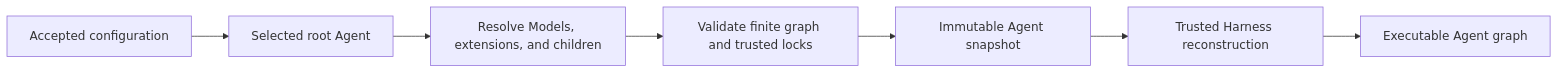
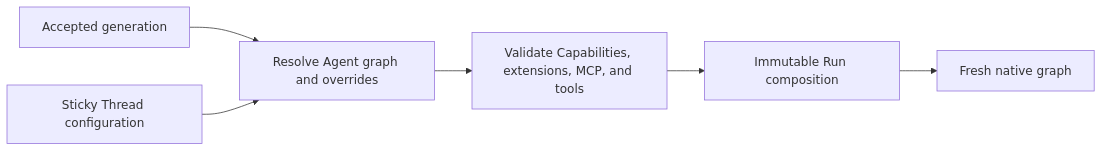
One commit to LTThreeComma/agent-foundation changed the second of 2 diagrams in spec/agent-ui/02-agent-composition-and-snapshots.md. Above: the diagram before and after it, drawn with Mermaid. The commit also changed other lines of this file and 17 other files, not shown here.

First line of the commit message:
docs(agent-ui): define local configuration and runtime model (#114)

````diff
--- a/spec/agent-ui/02-agent-composition-and-snapshots.md
+++ b/spec/agent-ui/02-agent-composition-and-snapshots.md
@@ -151,12 +209,11 @@
 ```mermaid
 flowchart LR
-    Config[Accepted configuration]
-    Root[Selected root Agent]
-    Graph[Resolve Models, extensions, and children]
-    Validate[Validate finite graph and trusted locks]
-    Snapshot[Immutable Agent snapshot]
-    Reconstruct[Trusted Harness reconstruction]
-    Executable[Executable Agent graph]
+    Generation[Accepted generation]
+    Thread[Sticky Thread configuration]
+    Graph[Resolve Agent graph and overrides]
+    Validate[Validate Capabilities, extensions, MCP, and tools]
+    Composition[Immutable Run composition]
+    Native[Fresh native graph]
 
-    Config --> Root --> Graph --> Validate --> Snapshot --> Reconstruct --> Executable
+    Generation & Thread --> Graph --> Validate --> Composition --> Native
 ```
````
